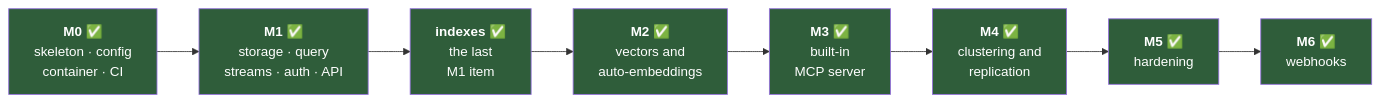
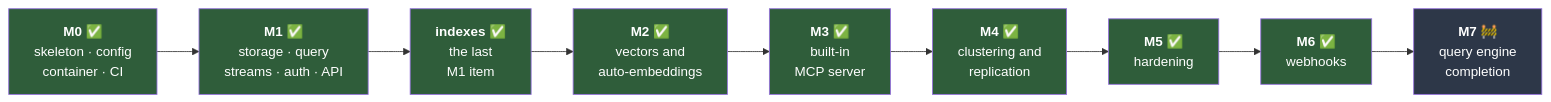
The first of 4 diagrams in docs/roadmap.md (titusai-io/kimmydb), drawn with Mermaid before and after one commit. The commit also changed other lines of this file and 1 other file, not shown here.

First line of the commit message:
Plan M7: query engine completion

````diff
--- a/docs/roadmap.md
+++ b/docs/roadmap.md
@@ -12,22 +12,24 @@
 ```mermaid
 graph LR
     M0["<b>M0</b> ✅<br/>skeleton · config<br/>container · CI"]
     M1["<b>M1</b> ✅<br/>storage · query<br/>streams · auth · API"]
     IDX["<b>indexes</b> ✅<br/>the last<br/>M1 item"]
     M2["<b>M2</b> ✅<br/>vectors and<br/>auto-embeddings"]
     M3["<b>M3</b> ✅<br/>built-in<br/>MCP server"]
     M4["<b>M4</b> ✅<br/>clustering and<br/>replication"]
     M5["<b>M5</b> ✅<br/>hardening"]
     M6["<b>M6</b> ✅<br/>webhooks"]
+    M7["<b>M7</b> 🚧<br/>query engine<br/>completion"]
 
-    M0 --> M1 --> IDX --> M2 --> M3 --> M4 --> M5 --> M6
+    M0 --> M1 --> IDX --> M2 --> M3 --> M4 --> M5 --> M6 --> M7
 
     style M0 fill:#2f5d3a,color:#fff
     style M1 fill:#2f5d3a,color:#fff
     style IDX fill:#2f5d3a,color:#fff
     style M2 fill:#2f5d3a,color:#fff
     style M3 fill:#2f5d3a,color:#fff
     style M4 fill:#2f5d3a,color:#fff
     style M5 fill:#2f5d3a,color:#fff
     style M6 fill:#2f5d3a,color:#fff
+    style M7 fill:#2d3748,color:#fff
 ```
````
